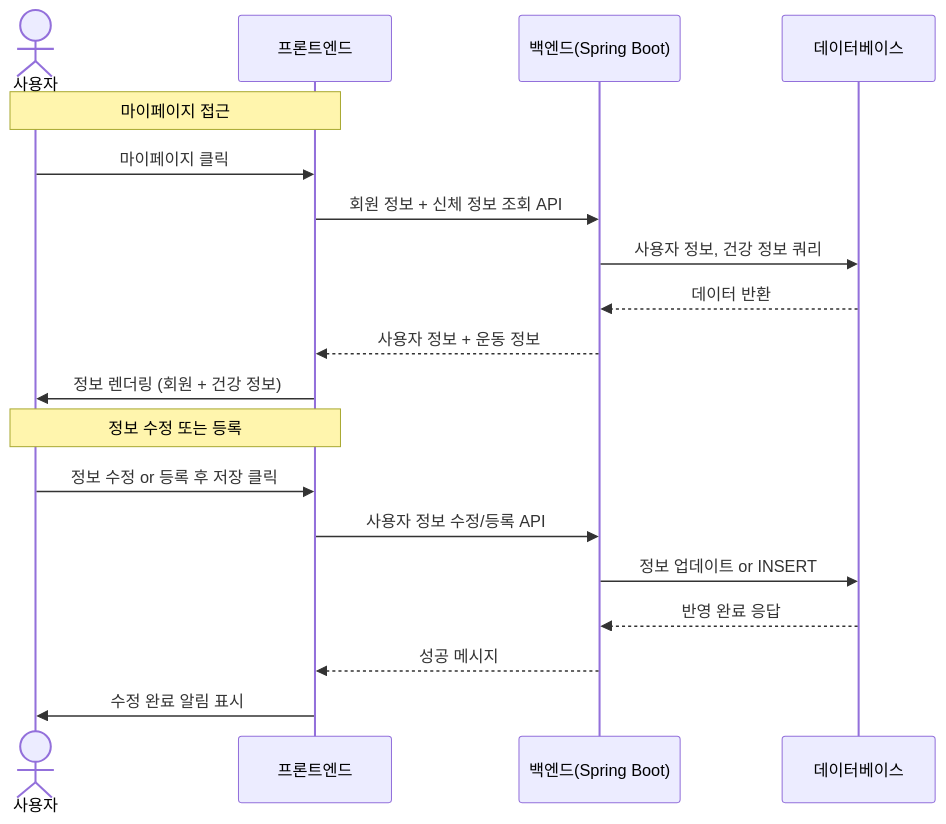
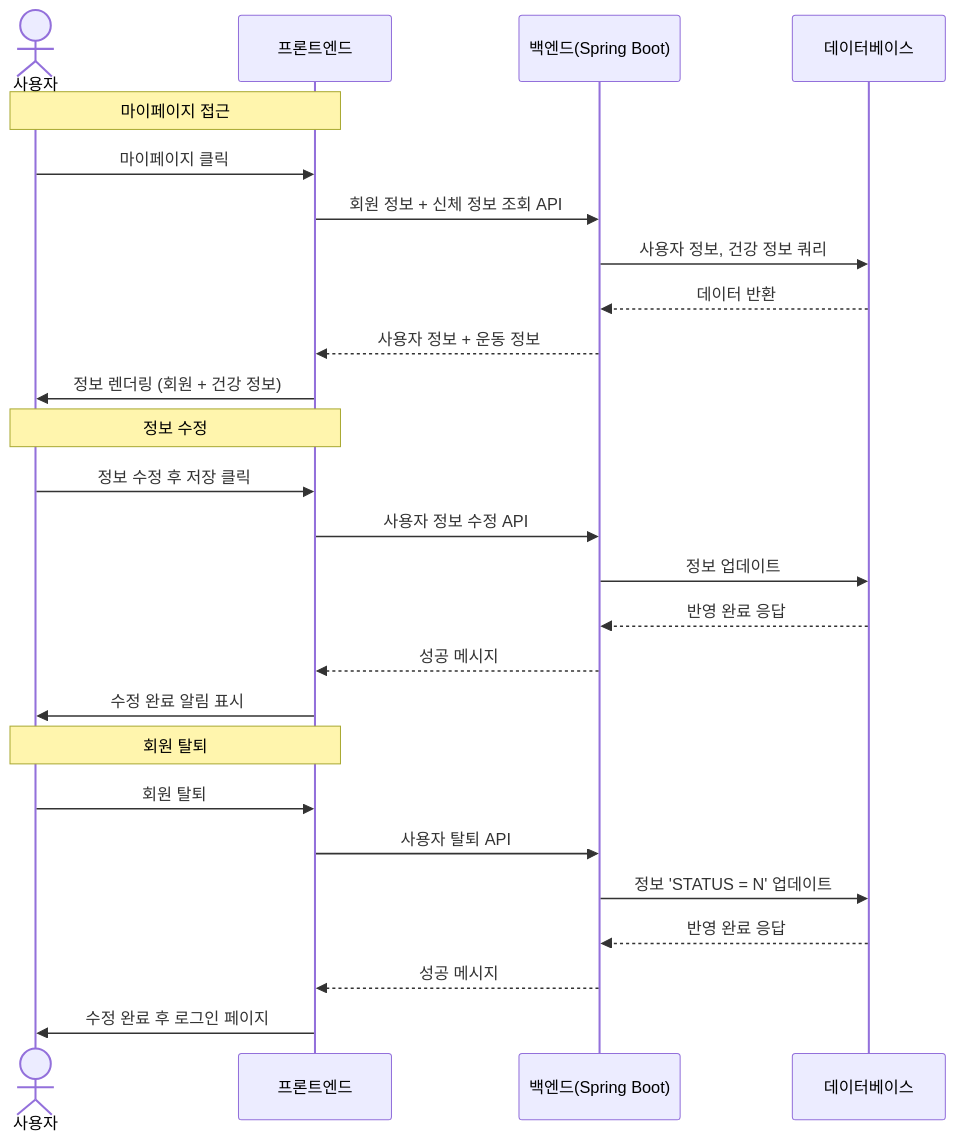
Before and after one commit to qbsb147/Final: the diagram in Mermaid/마이페이지.mmd, drawn with Mermaid. The commit also changed 5 other files, not shown here.

```diff
--- a/Mermaid/마이페이지.mmd
+++ b/Mermaid/마이페이지.mmd
@@ -1,23 +1,32 @@
 sequenceDiagram
     actor User as 사용자
     participant Frontend as 프론트엔드
     participant SpringBoot as 백엔드(Spring Boot)
     participant DB as 데이터베이스
 
     Note over User, Frontend: 마이페이지 접근
 
     User->>Frontend: 마이페이지 클릭
     Frontend->>SpringBoot: 회원 정보 + 신체 정보 조회 API
     SpringBoot->>DB: 사용자 정보, 건강 정보 쿼리
     DB-->>SpringBoot: 데이터 반환
     SpringBoot-->>Frontend: 사용자 정보 + 운동 정보
     Frontend->>User: 정보 렌더링 (회원 + 건강 정보)
 
-    Note over User, Frontend: 정보 수정 또는 등록
+    Note over User, Frontend: 정보 수정
 
-    User->>Frontend: 정보 수정 or 등록 후 저장 클릭
-    Frontend->>SpringBoot: 사용자 정보 수정/등록 API
-    SpringBoot->>DB: 정보 업데이트 or INSERT
+    User->>Frontend: 정보 수정 후 저장 클릭
+    Frontend->>SpringBoot: 사용자 정보 수정 API
+    SpringBoot->>DB: 정보 업데이트
     DB-->>SpringBoot: 반영 완료 응답
     SpringBoot-->>Frontend: 성공 메시지
     Frontend->>User: 수정 완료 알림 표시
+
+    Note over User, Frontend: 회원 탈퇴
+
+    User->>Frontend: 회원 탈퇴
+    Frontend->>SpringBoot: 사용자 탈퇴 API
+    SpringBoot->>DB: 정보 'STATUS = N' 업데이트
+    DB-->>SpringBoot: 반영 완료 응답
+    SpringBoot-->>Frontend: 성공 메시지
+    Frontend->>User: 수정 완료 후 로그인 페이지
```
